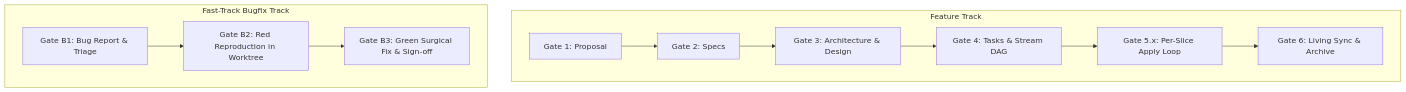
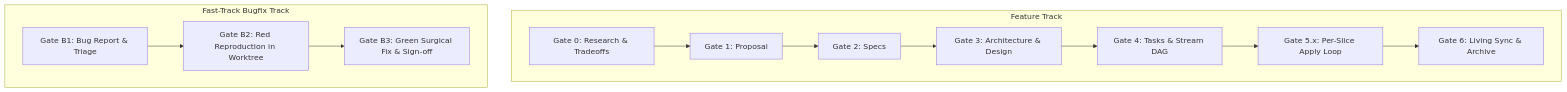
One commit to mgabs/SDTRD changed the first of 2 diagrams in docs/WIKI.md. Above: the diagram before and after it, drawn with Mermaid. The commit also changed other lines of this file and 7 other files, not shown here.

Commit message:
feat: add Gate 0 Research & Tradeoffs protocol and template

````diff
--- a/docs/WIKI.md
+++ b/docs/WIKI.md
@@ -39,15 +39,16 @@
 ```mermaid
 flowchart TD
     subgraph Feature_Track [Feature Track]
-        G1[Gate 1: Proposal] --> G2[Gate 2: Specs]
+        G0[Gate 0: Research & Tradeoffs] --> G1[Gate 1: Proposal]
+        G1 --> G2[Gate 2: Specs]
         G2 --> G3[Gate 3: Architecture & Design]
         G3 --> G4[Gate 4: Tasks & Stream DAG]
         G4 --> G5[Gate 5.x: Per-Slice Apply Loop]
         G5 --> G6[Gate 6: Living Sync & Archive]
     end
 
     subgraph Bug_Track [Fast-Track Bugfix Track]
         GB1[Gate B1: Bug Report & Triage] --> GB2[Gate B2: Red Reproduction in Worktree]
         GB2 --> GB3[Gate B3: Green Surgical Fix & Sign-off]
     end
 ```
````
